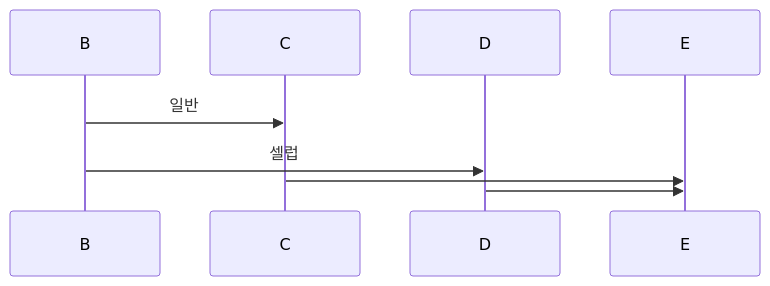
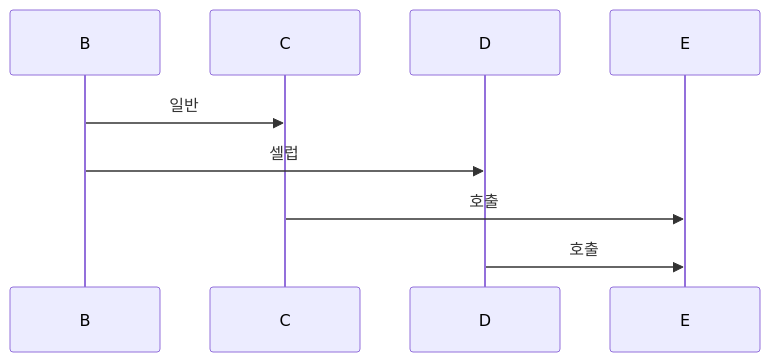
One commit to yjkim2015/yjkim2015.github.io changed the third of 6 diagrams in _posts/systemdesign/2026-05-02-system-design-newsfeed.md. Above: the diagram before and after it, drawn with Mermaid. The commit also changed other lines of this file and 85 other files, not shown here.

First line of the commit message:
sequenceDiagram 문법 에러 2차 수정 169개 (86파일)

````diff
--- a/_posts/systemdesign/2026-05-02-system-design-newsfeed.md
+++ b/_posts/systemdesign/2026-05-02-system-design-newsfeed.md
@@ -151,7 +151,7 @@
 ```mermaid
 sequenceDiagram
     B->>C: 일반
     B->>D: 셀럽
-    C->>E:
-    D->>E:
+    C->>E: 호출
+    D->>E: 호출
 ```
````
